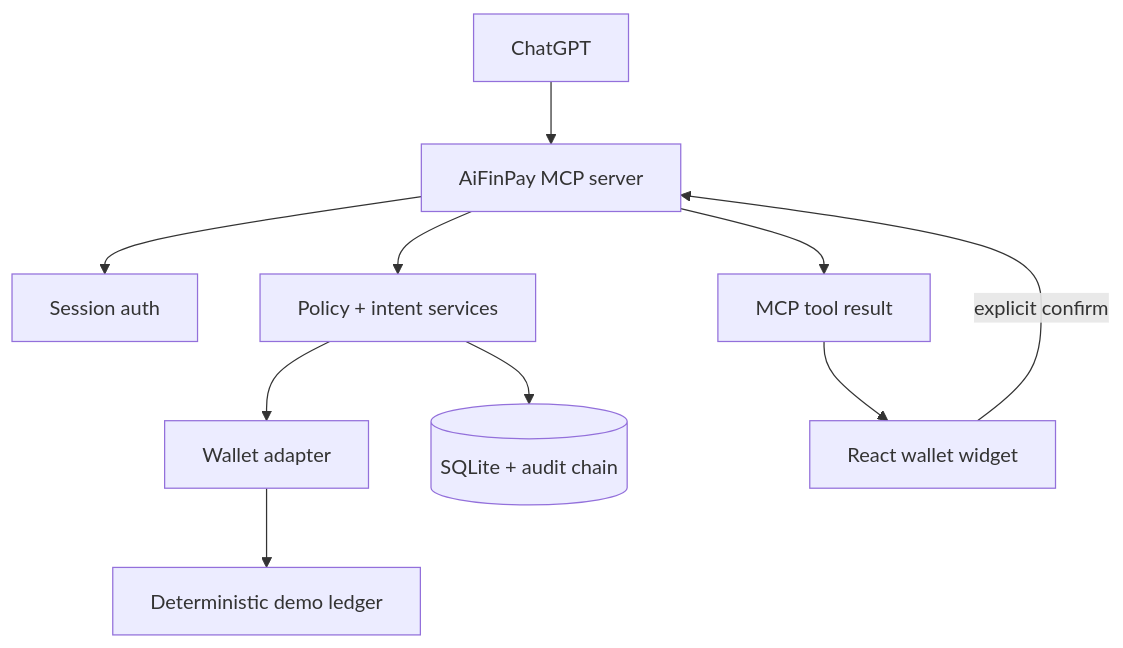
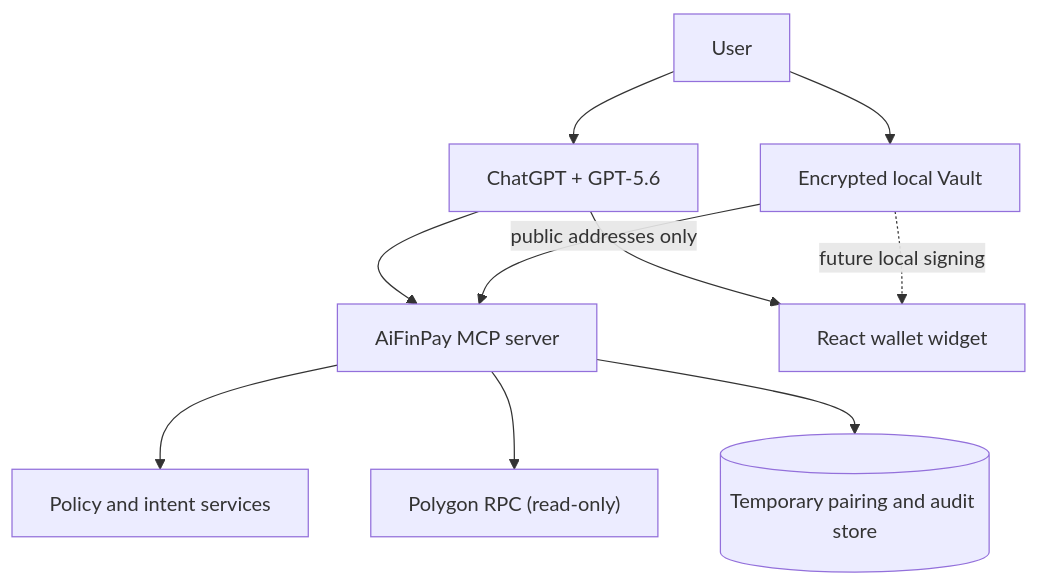
The diagram in README.md (coinsecuritiescompany/GPT-wallet-AiFinPay), drawn with Mermaid before and after one commit. The commit also changed other lines of this file and 52 other files, not shown here.

````diff
--- a/README.md
+++ b/README.md
@@ -33,12 +55,12 @@
 ```mermaid
 flowchart TD
-    C[ChatGPT] --> M[AiFinPay MCP server]
-    M --> A[Session auth]
-    M --> P[Policy + intent services]
-    P --> W[Wallet adapter]
-    W --> L[Deterministic demo ledger]
-    P --> D[(SQLite + audit chain)]
-    M --> R[MCP tool result]
-    R --> U[React wallet widget]
-    U -->|explicit confirm| M
+    U["User"] --> C["ChatGPT + GPT-5.6"]
+    C --> M["AiFinPay MCP server"]
+    M --> P["Policy and intent services"]
+    M --> R["Polygon RPC (read-only)"]
+    M --> D[("Temporary pairing and audit store")]
+    C --> W["React wallet widget"]
+    U --> V["Encrypted local Vault"]
+    V -->|"public addresses only"| M
+    V -. "future local signing" .-> W
 ```
````
